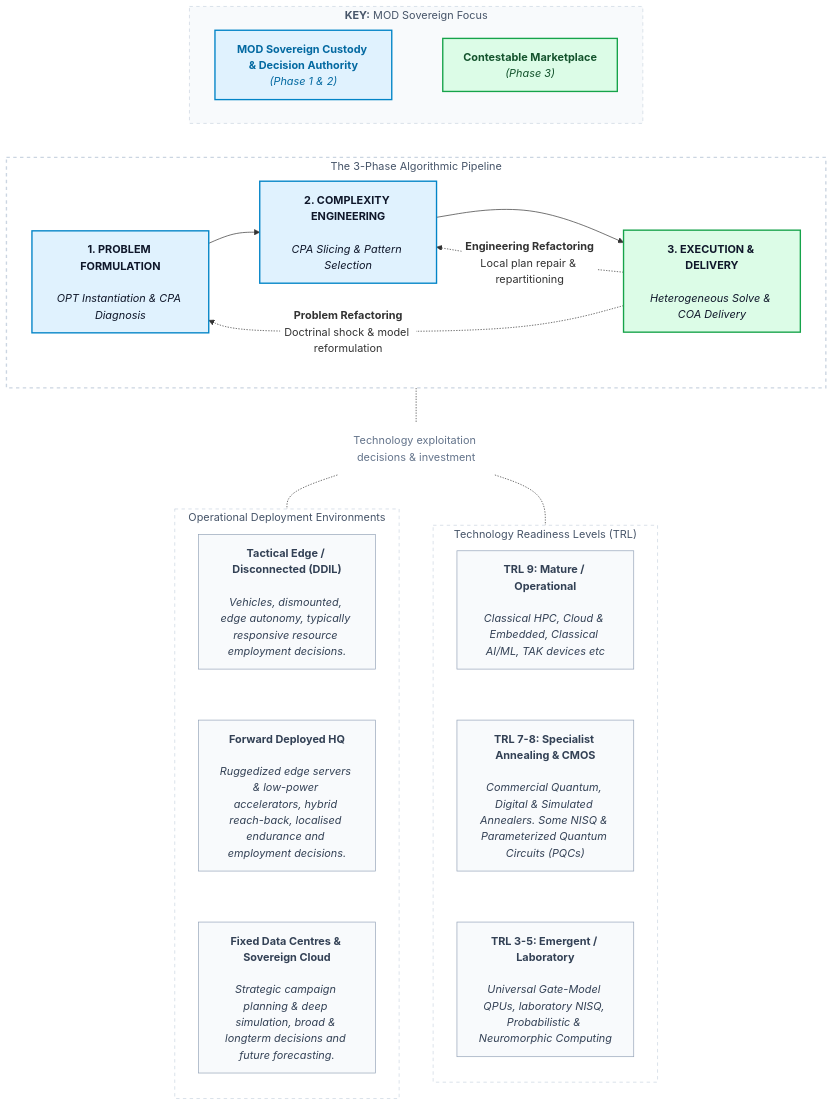
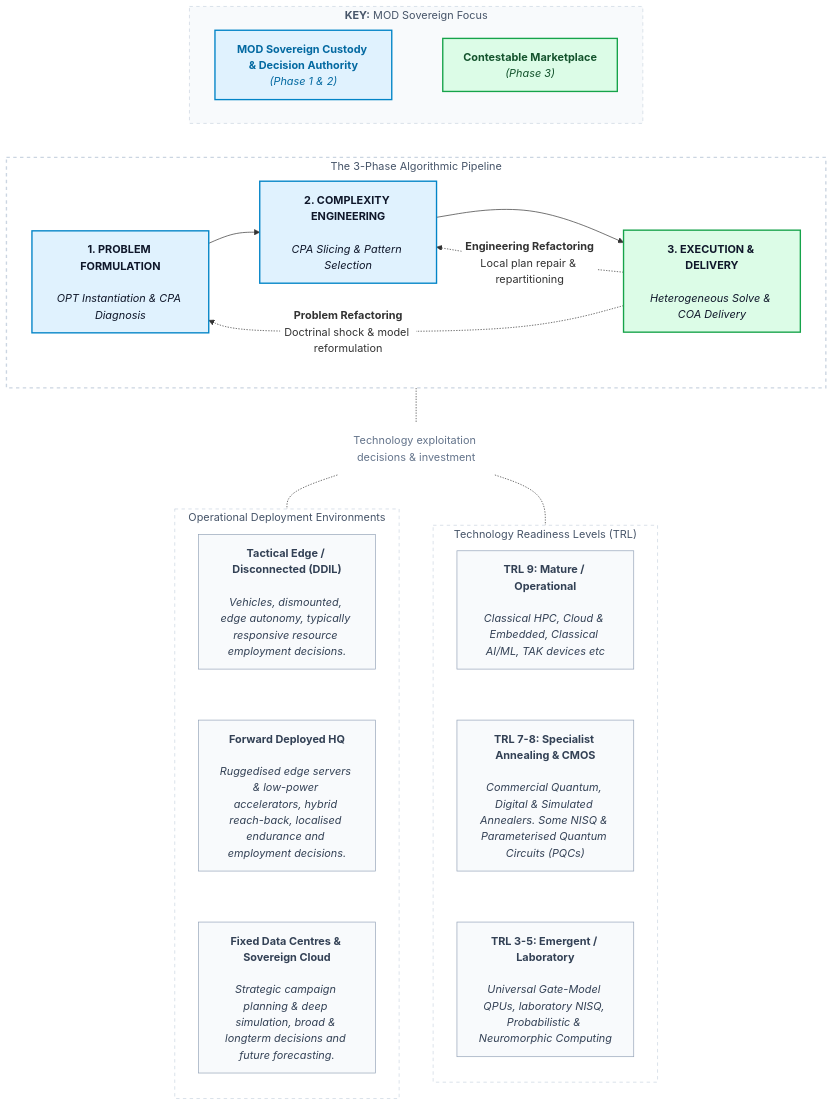
The third of 8 diagrams in quantum/The_Emergent_Algorithmic_Bridge.md (baddogdown/knowledge), drawn with Mermaid before and after one commit. The commit also changed other lines of this file, not shown here.

````diff
--- a/quantum/The_Emergent_Algorithmic_Bridge.md
+++ b/quantum/The_Emergent_Algorithmic_Bridge.md
@@ -246,81 +246,81 @@
 ```mermaid
 %%{init: {'themeVariables': {'edgeLabelBackground': '#ffffff'}}}%%
 flowchart TB
 
     %% ==========================================
     %% TOP SECTION: KEY Above Pipeline for Full Width
     %% ==========================================
     subgraph KEY ["<b>KEY:</b> MOD Sovereign Focus"]
         direction LR
         K1["<b>MOD Sovereign Custody & Decision Authority</b><br/><i>(Phase 1 & 2)</i>"]
         K2["<b>Contestable Marketplace</b><br/><i>(Phase 3)</i>"]
         K1 ~~~ K2
     end
 
     %% ==========================================
     %% PIPELINE SECTION: Full-Width 3-Phase Pipeline
     %% ==========================================
     subgraph PHASES ["The 3-Phase Algorithmic Pipeline"]
         direction LR
         P1["<b>1. PROBLEM FORMULATION</b><br/><br/><i>OPT Instantiation & CPA Diagnosis</i>"] --> P2["<b>2. COMPLEXITY ENGINEERING</b><br/><br/><i>CPA Slicing & Pattern Selection</i>"] --> P3["<b>3. EXECUTION & DELIVERY</b><br/><br/><i>Heterogeneous Solve & COA Delivery</i>"]
 
         P3 -.->|"<b>Engineering Refactoring</b><br/>Local plan repair & repartitioning"| P2
         P3 -.->|"<b>Problem Refactoring</b><br/>Doctrinal shock & model reformulation"| P1
     end
 
     KEY ~~~ PHASES
 
     %% ==========================================
     %% MIDDLE SECTION: Divider 
     %% ==========================================
     DIVIDER["Technology exploitation decisions & investment"]
     PHASES -.- DIVIDER
 
     %% ==========================================
     %% BOTTOM SECTION: Side-by-Side Columns
     %% ==========================================
     subgraph TRL_AXIS ["Technology Readiness Levels (TRL)"]
         direction TB
         T1["<b>TRL 9: Mature / Operational</b><br/><br/><i>Classical HPC, Cloud & Embedded, Classical AI/ML, TAK devices etc</i>"]
-        T2["<b>TRL 7-8: Specialist Annealing & CMOS</b><br/><br/><i>Commercial Quantum, Digital & Simulated Annealers. Some NISQ & Parameterized Quantum Circuits (PQCs)</i>"]
+        T2["<b>TRL 7-8: Specialist Annealing & CMOS</b><br/><br/><i>Commercial Quantum, Digital & Simulated Annealers. Some NISQ & Parameterised Quantum Circuits (PQCs)</i>"]
         T3["<b>TRL 3-5: Emergent / Laboratory</b><br/><br/><i>Universal Gate-Model QPUs, laboratory NISQ, Probabilistic & Neuromorphic Computing</i>"]
         T1 ~~~ T2 ~~~ T3
     end
 
     subgraph DEP_AXIS ["Operational Deployment Environments"]
         direction TB
         D1["<b>Tactical Edge / Disconnected (DDIL)</b><br/><br/><i>Vehicles, dismounted, edge autonomy, typically responsive resource employment decisions.</i>"]
-        D2["<b>Forward Deployed HQ</b><br/><br/><i>Ruggedized edge servers & low-power accelerators, hybrid reach-back, localised endurance and employment decisions.</i>"]
+        D2["<b>Forward Deployed HQ</b><br/><br/><i>Ruggedised edge servers & low-power accelerators, hybrid reach-back, localised endurance and employment decisions.</i>"]
         D3["<b>Fixed Data Centres & Sovereign Cloud</b><br/><br/><i>Strategic campaign planning & deep simulation, broad & longterm decisions and future forecasting.</i>"]
         D1 ~~~ D2 ~~~ D3
     end
 
     %% Fork to the top nodes to enforce side-by-side columns
     DIVIDER -.- T1
     DIVIDER -.- D1
 
     %% ==========================================
     %% STYLING
     %% ==========================================
     style KEY fill:#f8fafc,stroke:#cbd5e1,stroke-width:1px,stroke-dasharray: 5 5,color:#475569
     style K1 fill:#e0f2fe,stroke:#0284c7,stroke-width:2px,color:#0369a1
     style K2 fill:#dcfce7,stroke:#16a34a,stroke-width:2px,color:#14532d
 
     style PHASES fill:#ffffff,stroke:#cbd5e1,stroke-width:2px,stroke-dasharray: 5 5,color:#475569
     style P1 fill:#e0f2fe,stroke:#0284c7,stroke-width:2px,color:#0f172a
     style P2 fill:#e0f2fe,stroke:#0284c7,stroke-width:2px,color:#0f172a
     style P3 fill:#dcfce7,stroke:#16a34a,stroke-width:2px,color:#0f172a
 
     style DIVIDER fill:none,stroke:none,color:#64748b
 
     style TRL_AXIS fill:#ffffff,stroke:#cbd5e1,stroke-width:1px,stroke-dasharray: 5 5,color:#475569
     style DEP_AXIS fill:#ffffff,stroke:#cbd5e1,stroke-width:1px,stroke-dasharray: 5 5,color:#475569
 
     style T1 fill:#f8fafc,stroke:#94a3b8,stroke-width:1px,color:#334155
     style T2 fill:#f8fafc,stroke:#94a3b8,stroke-width:1px,color:#334155
     style T3 fill:#f8fafc,stroke:#94a3b8,stroke-width:1px,color:#334155
 
     style D1 fill:#f8fafc,stroke:#94a3b8,stroke-width:1px,color:#334155
     style D2 fill:#f8fafc,stroke:#94a3b8,stroke-width:1px,color:#334155
     style D3 fill:#f8fafc,stroke:#94a3b8,stroke-width:1px,color:#334155
 ```
````
